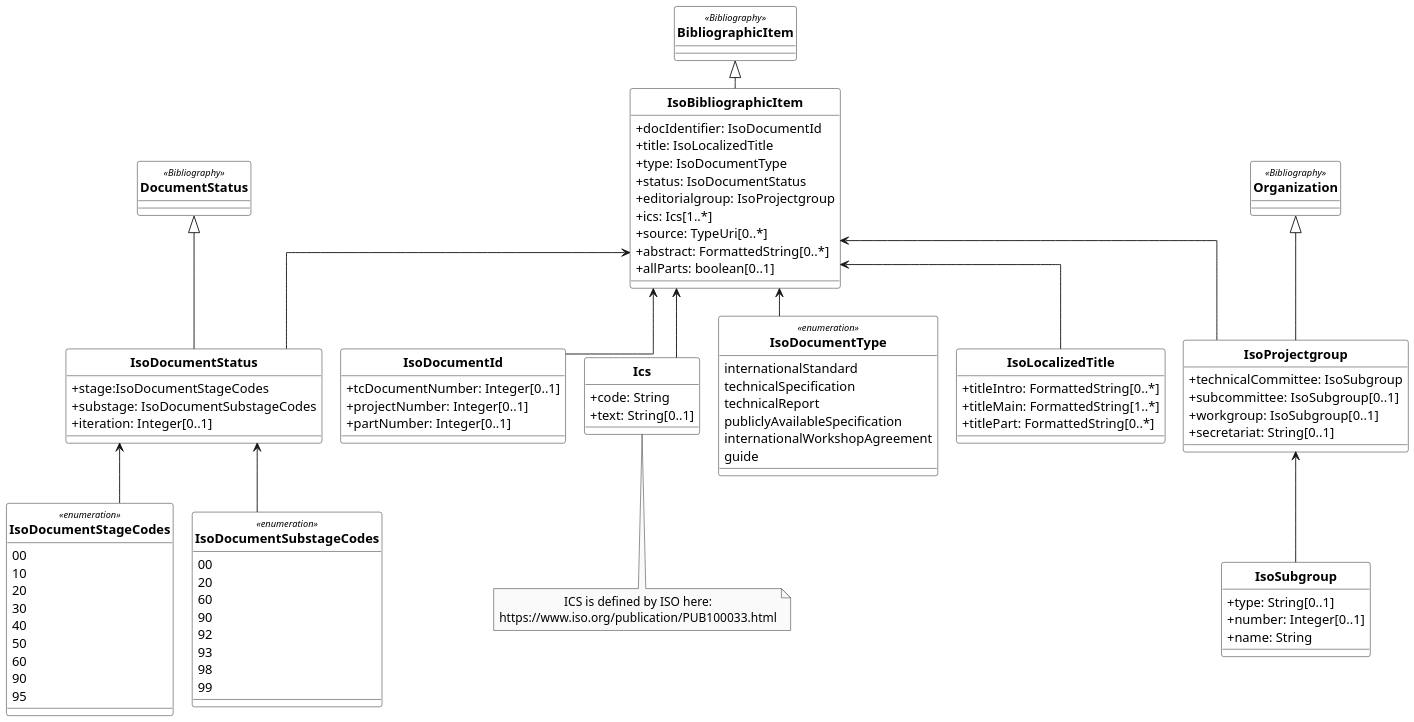
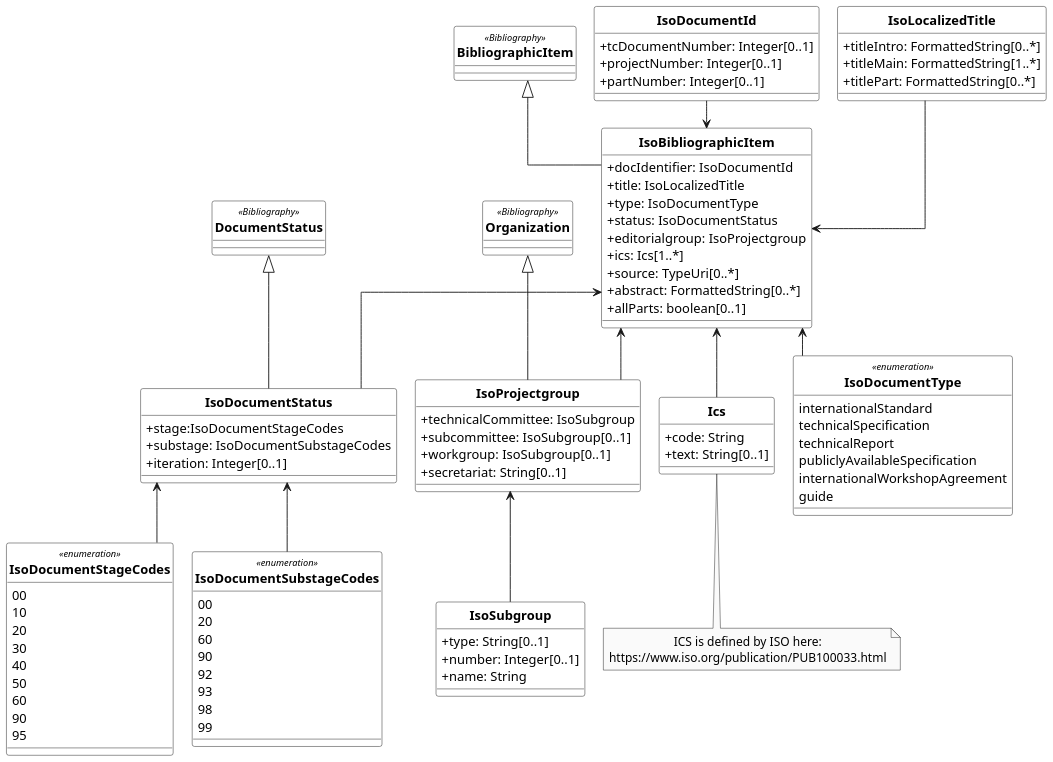
The diagram in iso_uml/IsoDoc_IsoBibliographicItem.wsd (CalConnect/csd-standard-doc), drawn with PlantUML before and after one commit. The commit also changed 5 other files, not shown here.

Commit message:
terms, diagrams

```diff
--- a/iso_uml/IsoDoc_IsoBibliographicItem.wsd
+++ b/iso_uml/IsoDoc_IsoBibliographicItem.wsd
@@ -1,200 +1,200 @@
 @startuml IsoDoc_IsoBibliographicItem
 /'
 Diagram:        IsoDoc_IsoBibliographicItem
 DateCreate:     22/08/2018
 Description:    Metanorma IsoDoc is a family of document models intended to represent ISO Standards and similarly structured standards, 
                 based on the Metanorma StandardDocument ("StanDoc") and BasicDocument ("BasicDoc") models.
                 It is used to abstract the automated generation of standard documents in various formats from well-defined authoring tools; 
                 and to validate the structural conformance of authored standards to specifications.
                 The standards currently modelled via Metanorma IsoDoc are:
                 
                 - ISO Standards
                 - CSD Standards
                 - Chinese Standards (GB and family)
                 
                 The base Metanorma StandardDocument model includes information common to all standards in scope of IsoDoc. 
                 Models for individual standards are derived from the base model as subclasses, permitting changes in cardinality of attributes, 
                 and changes in their type.
                 
                 Models it depends on include:
                 
                 - Relaton Bibliography models: BibModels
                 - BasicDoc models: BasicDoc
                 - Metanorma StandDoc models: StanDoc
                 
                 Below, we show the UML diagrams for the base model and for ISO. The CSD, GB diagrams are shown on their own respective pages.
                 The document models are expressed as UML and as RelaxNG Compact (RNC) grammars; see discussion under Grammars. 
                 This repository contains the RNC grammars for the base Standard Document model, ISO Standards, CSD and China Standards.
                 
                 The document models are currently used by Asciidoctor-based authoring tools for standards, 
                 which convert Asciidoctor source to XML representations of the document models, and validate the XML generated against the RNC schemas:
                 
                 - https://github.com/riboseinc/asciidoctor-iso
                 - https://github.com/riboseinc/asciidoctor-csd
                 - https://github.com/riboseinc/asciidoctor-gb
                 
                 They are also used by tools that render those XML representations of the document models, into HTML and Microsoft Word:
                 
                 - https://github.com/riboseinc/isodoc
                 - https://github.com/riboseinc/asciidoctor-csd (inheriting from isodoc)
                 - https://github.com/riboseinc/asciidoctor-gb (inheriting from isodoc)
 
 Hystory of changes:
 > DD/MM/YYYY
     - 
     - 
 '/
 
 '******* CONFIGURATION ************************************************
 skinparam classAttributeIconSize 0
 skinparam Dpi 150
 skinparam Monochrome true
 skinparam LineType ortho
 skinparam nodesep 20
 skinparam ranksep 30
 hide circle
 /' skinparam CircledCharacterRadius 0 '/
 /' skinparam CircledCharacterFontSize 0 '/
 skinparam Default {
 TextAlignment center
 FontName Helvetica
 }
 skinparam Class {
 AttributeIconSize 0
 BackgroundColor White
 FontStyle bold
 StereotypeFontSize 10
 }
 skinparam Rectangle {
 BackgroundColor White
 FontStyle bold
 FontSize 11
 StereotypeFontSize 10
 }
 skinparam Object {
 BackgroundColor White
 FontStyle bold
 FontSize 11
 StereotypeFontSize 10
 }
 
 skinparam Entity {
 StereotypeFontSize 10
 }
 
 '******* CLASS DEFINITION *********************************************
 class BibliographicItem <<Bibliography>> {
 
 }
 
 class IsoBibliographicItem{
     +docIdentifier: IsoDocumentId
     +title: IsoLocalizedTitle
     +type: IsoDocumentType
     +status: IsoDocumentStatus
     +editorialgroup: IsoProjectgroup
     +ics: Ics[1..*]
     +source: TypeUri[0..*]
     +abstract: FormattedString[0..*]
     +allParts: boolean[0..1]
 }
 
 class IsoDocumentId{
     +tcDocumentNumber: Integer[0..1]
     +projectNumber: Integer[0..1]
     +partNumber: Integer[0..1]
 }
 
 class IsoLocalizedTitle{
     +titleIntro: FormattedString[0..*]
     +titleMain: FormattedString[1..*]
     +titlePart: FormattedString[0..*]
 }
 
 class IsoDocumentStatus{
     +stage:IsoDocumentStageCodes
     +substage: IsoDocumentSubstageCodes
     +iteration: Integer[0..1]
 }
 
 class DocumentStatus <<Bibliography>>{
 
 }
 
 class IsoProjectgroup{
     +technicalCommittee: IsoSubgroup
     +subcommittee: IsoSubgroup[0..1]
     +workgroup: IsoSubgroup[0..1]
     +secretariat: String[0..1]    
 }
 
 class Organization <<Bibliography>>{
 
 }
 
 class IsoSubgroup{
     +type: String[0..1]
     +number: Integer[0..1]
     +name: String
 }
 
 class Ics{
     +code: String
     +text: String[0..1]
 }
 
 enum IsoDocumentType <<enumeration>>{
     internationalStandard
     technicalSpecification
     technicalReport
     publiclyAvailableSpecification
     internationalWorkshopAgreement
     guide
 }
 
 enum IsoDocumentStageCodes <<enumeration>>{
     00
     10
     20
     30
     40
     50
     60
     90
     95
 }
 
 enum IsoDocumentSubstageCodes <<enumeration>>{
     00
     20
     60
     90
     92
     93
     98
     99
 }
 
 '******* NOTES ********************************************************
 note bottom of Ics: ICS is defined by ISO here:\nhttps://www.iso.org/publication/PUB100033.html
 
 '******* CLASS RELATIONS **********************************************
 BibliographicItem <|-- IsoBibliographicItem
 
-IsoBibliographicItem <-- IsoDocumentId
-IsoBibliographicItem <-- IsoLocalizedTitle
+IsoDocumentId --> IsoBibliographicItem
+IsoLocalizedTitle --> IsoBibliographicItem
 IsoBibliographicItem <-- IsoDocumentType
 IsoBibliographicItem <-- IsoDocumentStatus
 IsoBibliographicItem <-- IsoProjectgroup
 IsoBibliographicItem <-- Ics
 
 DocumentStatus <|-- IsoDocumentStatus
 
 IsoDocumentStatus <-- IsoDocumentStageCodes
 IsoDocumentStatus <-- IsoDocumentSubstageCodes
 
 Organization <|-- IsoProjectgroup
 
 IsoProjectgroup <-- IsoSubgroup
 
 @enduml
```
